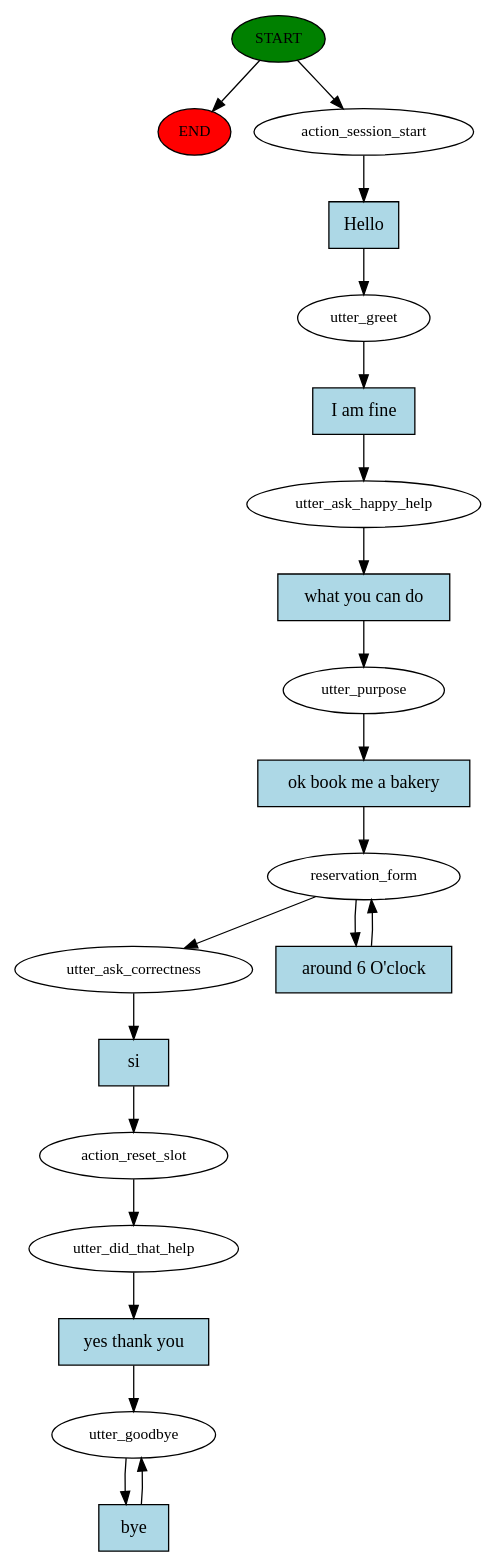
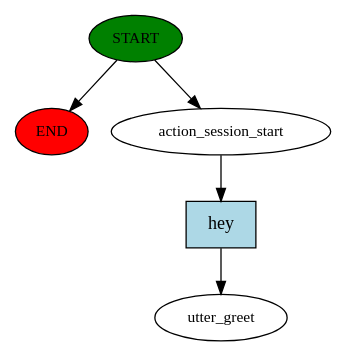
One commit to ShafeekSaleem/ConversationalAI_ReservationBot changed the diagram in story_graph.dot. Above: the diagram before and after it, drawn with Graphviz. The commit also changed 3 other files, not shown here.

```diff
--- a/story_graph.dot
+++ b/story_graph.dot
@@ -1,41 +1,11 @@
 digraph  {
 0 [class="start active", fillcolor=green, fontsize=12, label=START, style=filled];
 "-1" [class=end, fillcolor=red, fontsize=12, label=END, style=filled];
 1 [class=active, fontsize=12, label=action_session_start];
-2 [class=active, fontsize=12, label=utter_greet];
-3 [class=active, fontsize=12, label=utter_ask_happy_help];
-4 [class=active, fontsize=12, label=utter_purpose];
-5 [class=active, fontsize=12, label=reservation_form];
-9 [class=active, fontsize=12, label=utter_ask_correctness];
-10 [class=active, fontsize=12, label=action_reset_slot];
-11 [class=active, fontsize=12, label=utter_did_that_help];
-12 [class="active dashed", fontsize=12, label=utter_goodbye];
-14 [class="intent active", fillcolor=lightblue, label=Hello, shape=rect, style=filled];
-15 [class="intent active", fillcolor=lightblue, label="I am fine", shape=rect, style=filled];
-16 [class="intent active", fillcolor=lightblue, label="what you can do", shape=rect, style=filled];
-17 [class="intent active", fillcolor=lightblue, label="ok book me a bakery", shape=rect, style=filled];
-18 [class="intent active", fillcolor=lightblue, label="around 6 O'clock", shape=rect, style=filled];
-19 [class="intent active", fillcolor=lightblue, label=si, shape=rect, style=filled];
-20 [class="intent active", fillcolor=lightblue, label="yes thank you", shape=rect, style=filled];
-21 [class="intent active", fillcolor=lightblue, label=bye, shape=rect, style=filled];
+2 [class="dashed active", fontsize=12, label=utter_greet];
+3 [class="intent active", fillcolor=lightblue, label=hey, shape=rect, style=filled];
 0 -> "-1"  [class="", key=NONE, label=""];
 0 -> 1  [class=active, key=NONE, label=""];
-1 -> 14  [class=active, key=0];
-2 -> 15  [class=active, key=0];
-3 -> 16  [class=active, key=0];
-4 -> 17  [class=active, key=0];
-5 -> 9  [class=active, key=NONE, label=""];
-5 -> 18  [class=active, key=0];
-9 -> 19  [class=active, key=0];
-10 -> 11  [class=active, key=NONE, label=""];
-11 -> 20  [class=active, key=0];
-12 -> 21  [class=active, key=0];
-14 -> 2  [class=active, key=0];
-15 -> 3  [class=active, key=0];
-16 -> 4  [class=active, key=0];
-17 -> 5  [class=active, key=0];
-18 -> 5  [class=active, key=0];
-19 -> 10  [class=active, key=0];
-20 -> 12  [class=active, key=0];
-21 -> 12  [class=active, key=0];
+1 -> 3  [class=active, key=0];
+3 -> 2  [class=active, key=0];
 }
```
